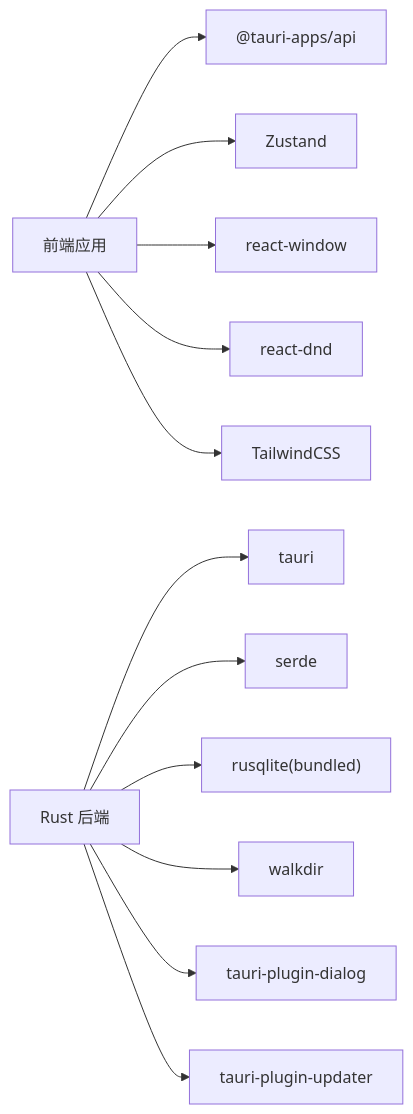
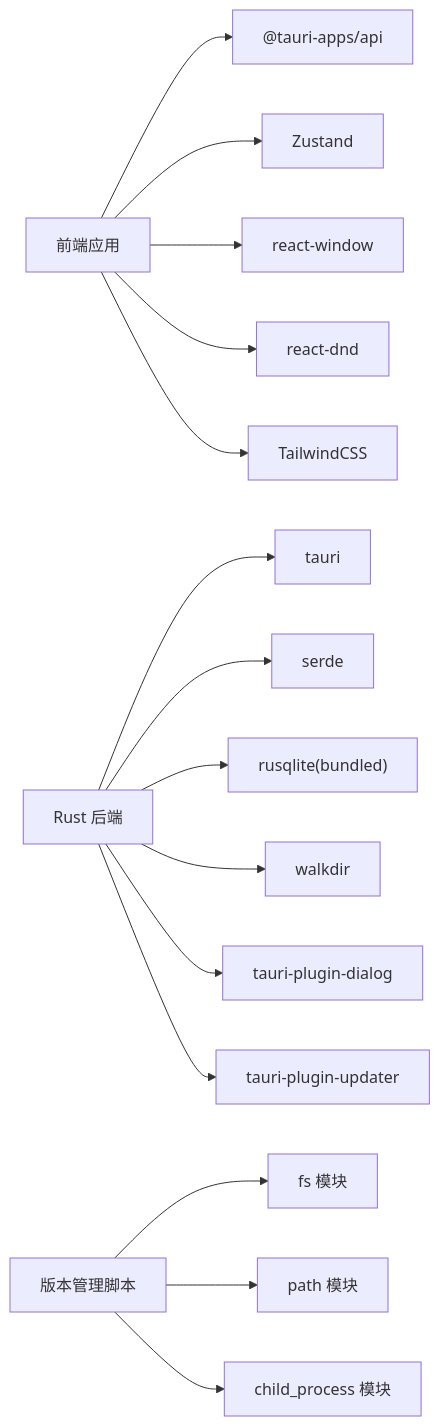
One commit to YLee9527/Medex changed the fourth of 4 diagrams in doc/repowiki/zh/content/开发指南/开发工作流程/开发工作流程.md. Above: the diagram before and after it, drawn with Mermaid. The commit also changed other lines of this file and 31 other files, not shown here.

First line of the commit message:
docs(doc): 添加部署脚本、锁屏功能、发布指南及设置按钮图标文档

````diff
--- a/doc/repowiki/zh/content/开发指南/开发工作流程/开发工作流程.md
+++ b/doc/repowiki/zh/content/开发指南/开发工作流程/开发工作流程.md
@@ -284,14 +377,17 @@
 ```mermaid
 graph LR
 FE["前端应用"] --> Tauri["@tauri-apps/api"]
 FE --> Zustand["Zustand"]
 FE --> ReactWindow["react-window"]
 FE --> DnD["react-dnd"]
 FE --> Tailwind["TailwindCSS"]
 BE["Rust 后端"] --> TauriCore["tauri"]
 BE --> Serde["serde"]
 BE --> SQLite["rusqlite(bundled)"]
 BE --> WalkDir["walkdir"]
 BE --> Dialog["tauri-plugin-dialog"]
 BE --> Updater["tauri-plugin-updater"]
+VM["版本管理脚本"] --> FS["fs 模块"]
+VM --> Path["path 模块"]
+VM --> ChildProc["child_process 模块"]
 ```
````
